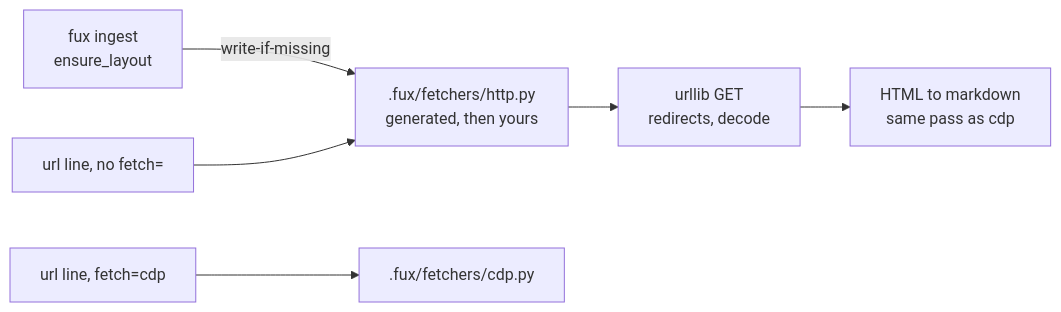
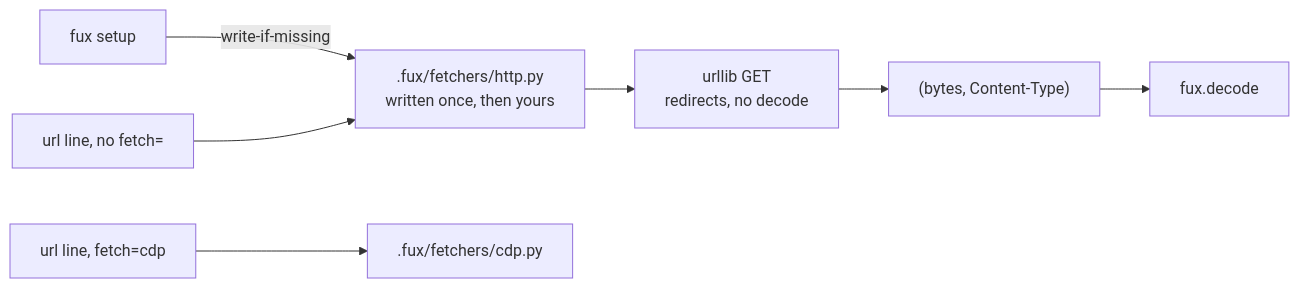
The diagram in docs/adr/0021_http-fetcher.md (arpitarya/fux), drawn with Mermaid before and after one commit. The commit also changed other lines of this file and 442 other files, not shown here.

````diff
--- a/docs/adr/0021_http-fetcher.md
+++ b/docs/adr/0021_http-fetcher.md
@@ -52,8 +44,9 @@
 ```mermaid
 flowchart LR
-    E["fux ingest<br/>ensure_layout"] -->|write-if-missing| G[".fux/fetchers/http.py<br/>generated, then yours"]
+    E["fux setup"] -->|write-if-missing| G[".fux/fetchers/http.py<br/>written once, then yours"]
     U["url line, no fetch="] --> G
-    G --> Q["urllib GET<br/>redirects, decode"]
-    Q --> M["HTML to markdown<br/>same pass as cdp"]
+    G --> Q["urllib GET<br/>redirects, no decode"]
+    Q --> B["(bytes, Content-Type)"]
+    B --> DC["fux.decode"]
     U2["url line, fetch=cdp"] --> C[".fux/fetchers/cdp.py"]
 ```
````
